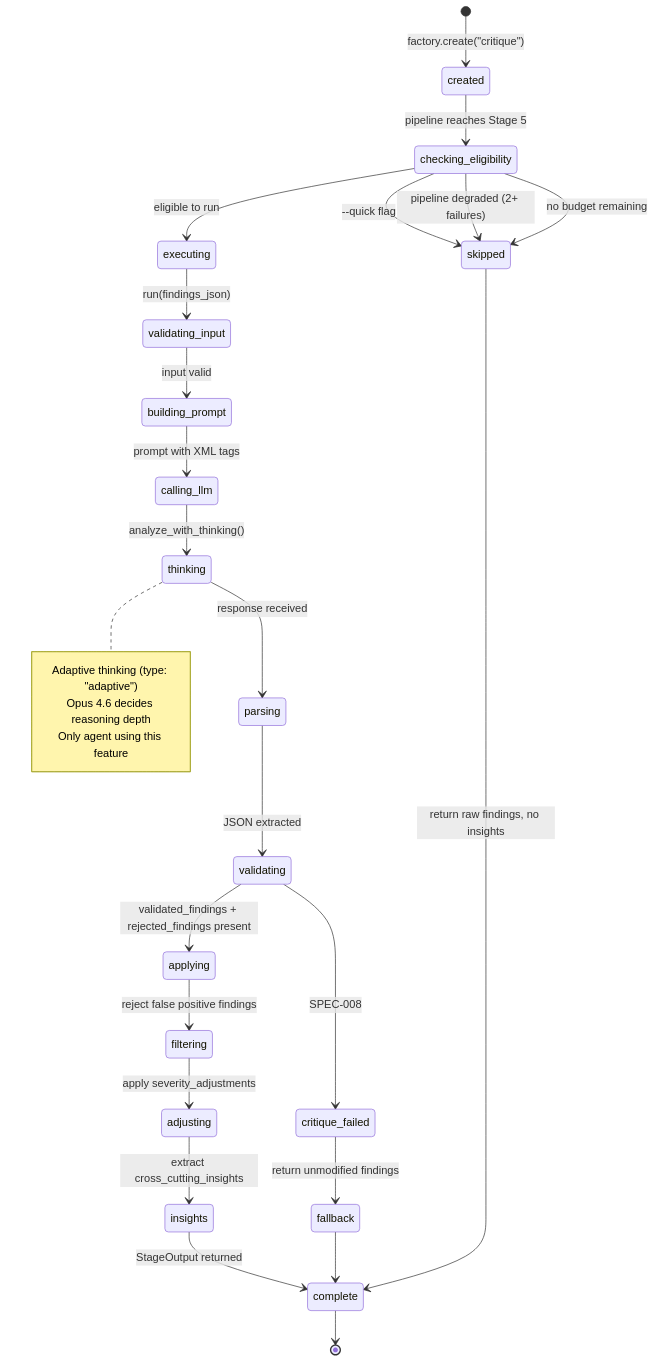
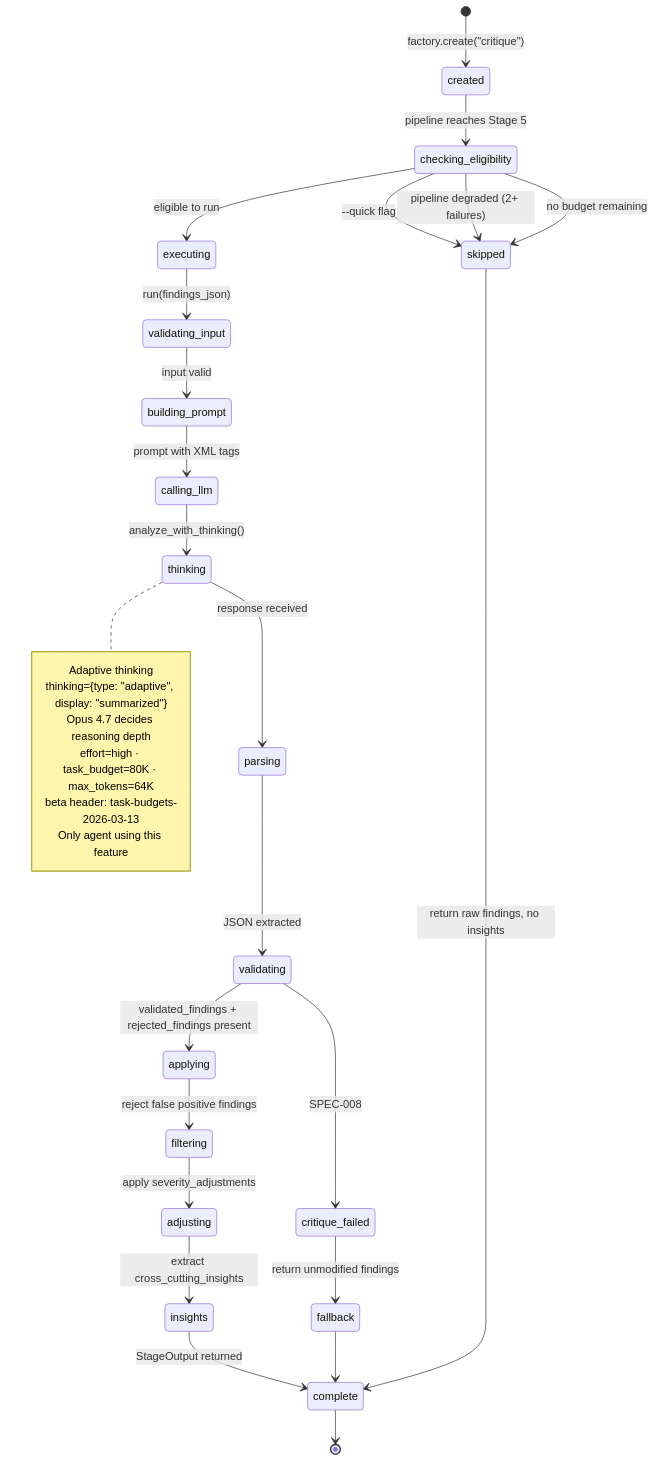
Before and after one commit to leocder07/spectra: the third of 3 diagrams in docs/diagrams/state-agent-lifecycle.md, drawn with Mermaid. The commit also changed other lines of this file and 15 other files, not shown here.

````diff
--- a/docs/diagrams/state-agent-lifecycle.md
+++ b/docs/diagrams/state-agent-lifecycle.md
@@ -103,40 +103,43 @@
 ```mermaid
 stateDiagram-v2
     [*] --> created : factory.create("critique")
 
     created --> checking_eligibility : pipeline reaches Stage 5
 
     checking_eligibility --> skipped : --quick flag
     checking_eligibility --> skipped : pipeline degraded (2+ failures)
     checking_eligibility --> skipped : no budget remaining
     checking_eligibility --> executing : eligible to run
 
     executing --> validating_input : run(findings_json)
     validating_input --> building_prompt : input valid
     building_prompt --> calling_llm : prompt with XML tags
 
     calling_llm --> thinking : analyze_with_thinking()
     note right of thinking
-        Adaptive thinking (type: "adaptive")
-        Opus 4.6 decides reasoning depth
+        Adaptive thinking
+        thinking={type: "adaptive", display: "summarized"}
+        Opus 4.7 decides reasoning depth
+        effort=high · task_budget=80K · max_tokens=64K
+        beta header: task-budgets-2026-03-13
         Only agent using this feature
     end note
 
     thinking --> parsing : response received
     parsing --> validating : JSON extracted
 
     validating --> applying : validated_findings + rejected_findings present
     validating --> critique_failed : SPEC-008
 
     applying --> filtering : reject false positive findings
     filtering --> adjusting : apply severity_adjustments
     adjusting --> insights : extract cross_cutting_insights
     insights --> complete : StageOutput returned
 
     critique_failed --> fallback : return unmodified findings
     fallback --> complete
 
     skipped --> complete : return raw findings, no insights
 
     complete --> [*]
 ```
````
